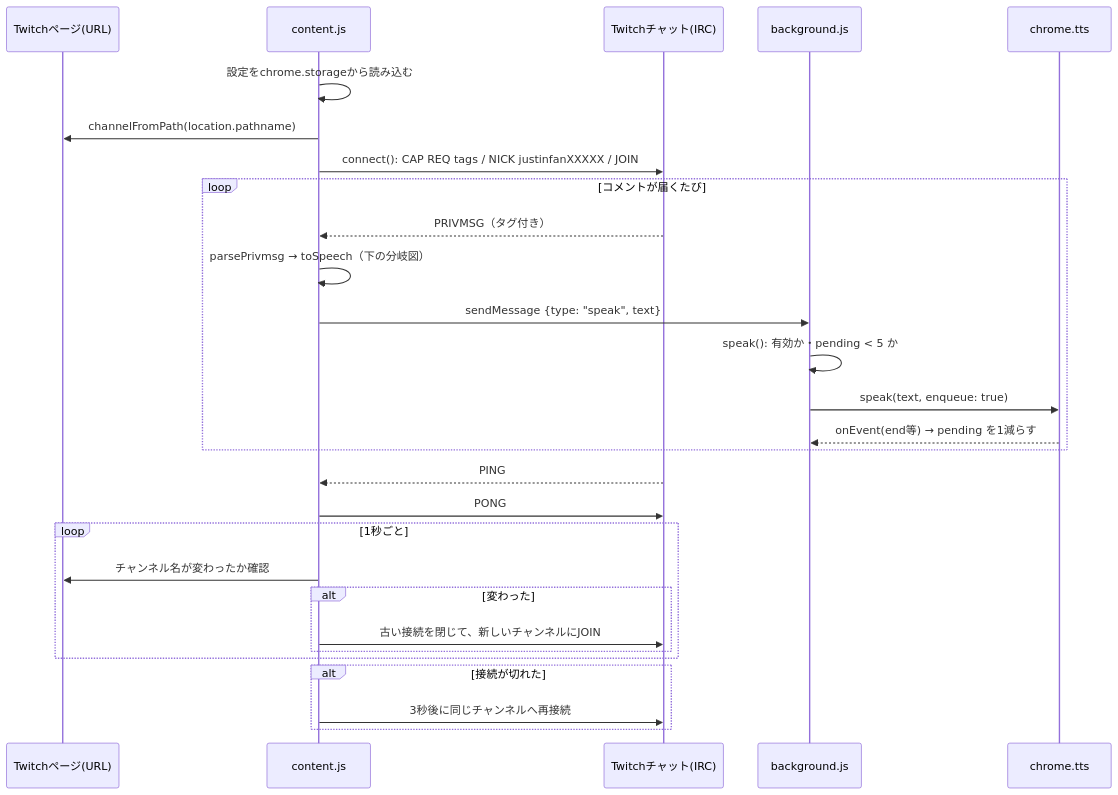
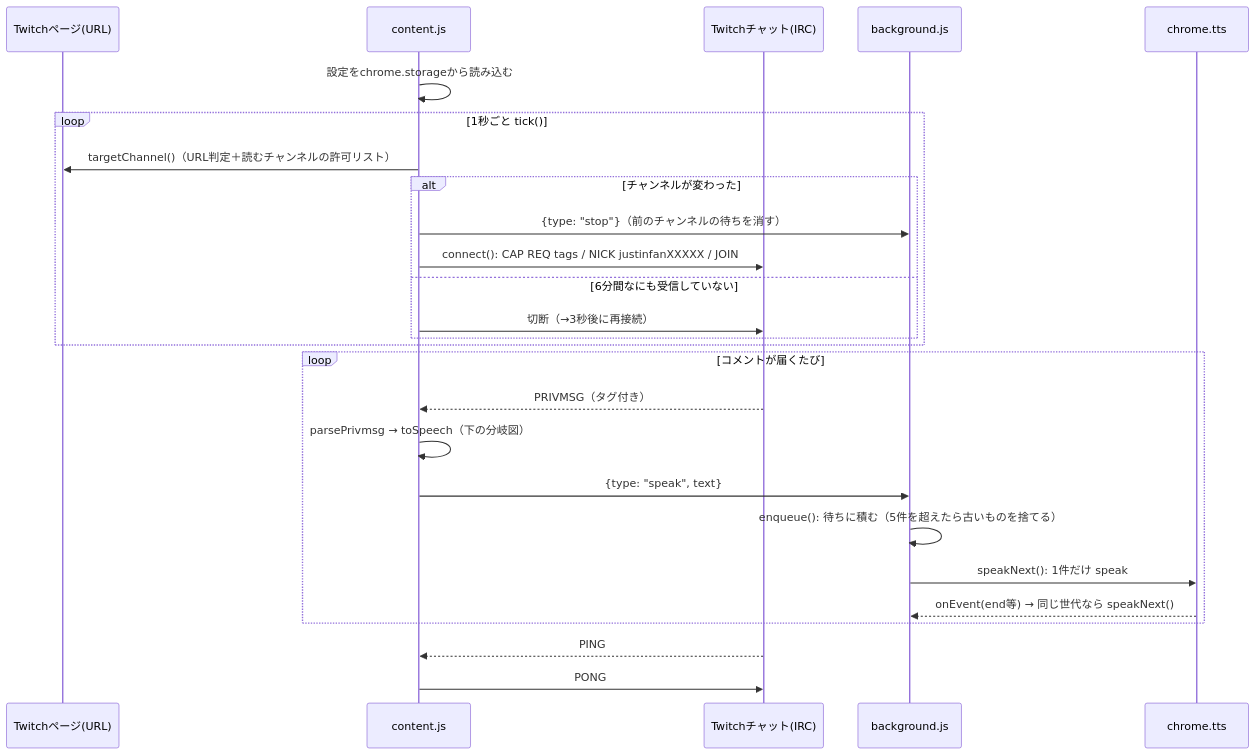
Before and after one commit to kawaii-kawauso/tools: the first of 2 diagrams in twitch-chat-reader/docs/logic.md, drawn with Mermaid. The commit also changed other lines of this file and 8 other files, not shown here.

````diff
--- a/twitch-chat-reader/docs/logic.md
+++ b/twitch-chat-reader/docs/logic.md
@@ -7,31 +7,29 @@
 ```mermaid
 sequenceDiagram
     participant Page as Twitchページ(URL)
     participant CS as content.js
     participant IRC as Twitchチャット(IRC)
     participant BG as background.js
     participant TTS as chrome.tts
 
     CS->>CS: 設定をchrome.storageから読み込む
-    CS->>Page: channelFromPath(location.pathname)
-    CS->>IRC: connect(): CAP REQ tags / NICK justinfanXXXXX / JOIN #channel
+    loop 1秒ごと tick()
+        CS->>Page: targetChannel()（URL判定＋読むチャンネルの許可リスト）
+        alt チャンネルが変わった
+            CS->>BG: {type: "stop"}（前のチャンネルの待ちを消す）
+            CS->>IRC: connect(): CAP REQ tags / NICK justinfanXXXXX / JOIN #channel
+        else 6分間なにも受信していない
+            CS->>IRC: 切断（→3秒後に再接続）
+        end
+    end
     loop コメントが届くたび
         IRC-->>CS: PRIVMSG（タグ付き）
         CS->>CS: parsePrivmsg → toSpeech（下の分岐図）
-        CS->>BG: sendMessage {type: "speak", text}
-        BG->>BG: speak(): 有効か・pending < 5 か
-        BG->>TTS: speak(text, enqueue: true)
-        TTS-->>BG: onEvent(end等) → pending を1減らす
+        CS->>BG: {type: "speak", text}
+        BG->>BG: enqueue(): 待ちに積む（5件を超えたら古いものを捨てる）
+        BG->>TTS: speakNext(): 1件だけ speak
+        TTS-->>BG: onEvent(end等) → 同じ世代なら speakNext()
     end
     IRC-->>CS: PING
     CS->>IRC: PONG
-    loop 1秒ごと
-        CS->>Page: チャンネル名が変わったか確認
-        alt 変わった
-            CS->>IRC: 古い接続を閉じて、新しいチャンネルにJOIN
-        end
-    end
-    alt 接続が切れた
-        CS->>IRC: 3秒後に同じチャンネルへ再接続
-    end
 ```
````
